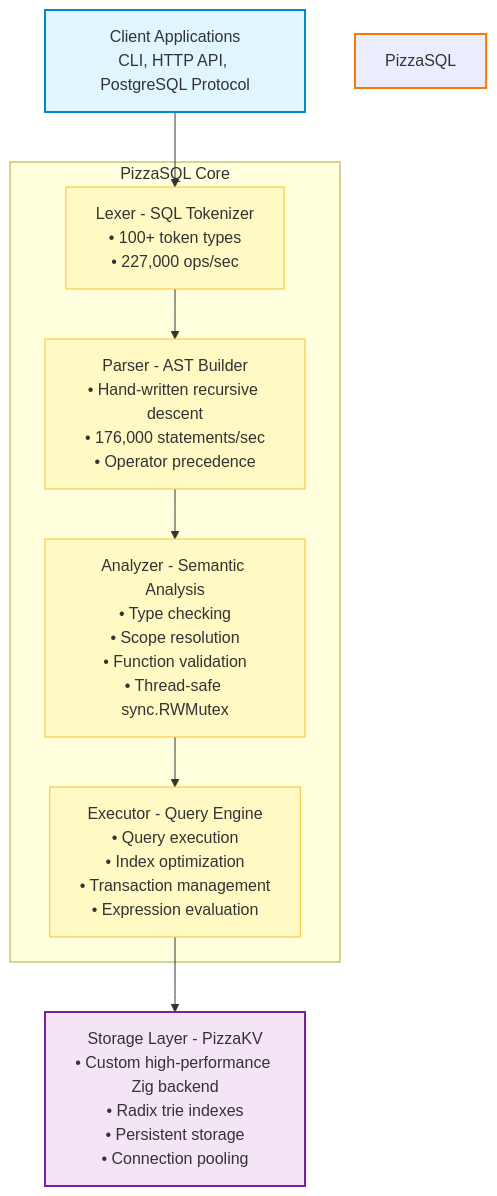
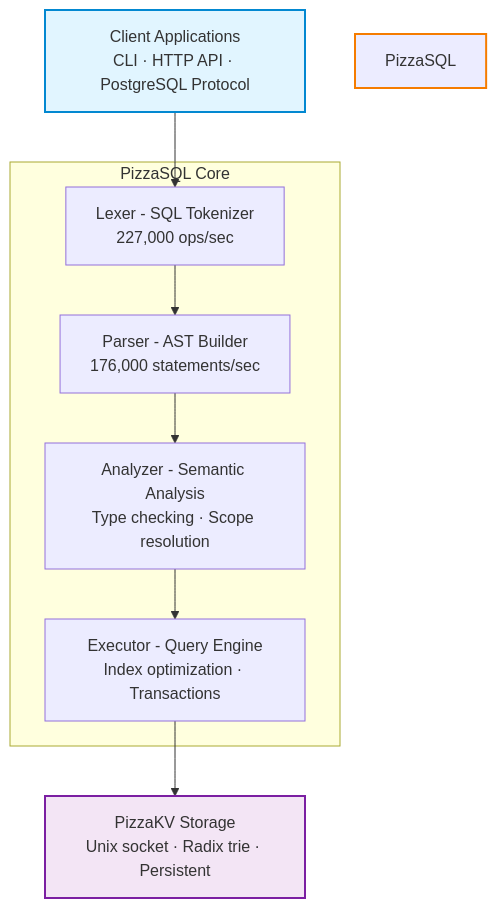
Before and after one commit to danfragoso/pizzasql: the diagram in README.md, drawn with Mermaid. The commit also changed other lines of this file and 10 other files, not shown here.

````diff
--- a/README.md
+++ b/README.md
@@ -549,27 +330,19 @@
 ```mermaid
 graph TD
-    Client[Client Applications<br/>CLI, HTTP API, PostgreSQL Protocol]
-
+    Client[Client Applications<br/>CLI · HTTP API · PostgreSQL Protocol]
     Client --> Lexer
 
     subgraph PizzaSQL Core
-        Lexer[Lexer - SQL Tokenizer<br/>• 100+ token types<br/>• 227,000 ops/sec]
-        Parser[Parser - AST Builder<br/>• Hand-written recursive descent<br/>• 176,000 statements/sec<br/>• Operator precedence]
-        Analyzer[Analyzer - Semantic Analysis<br/>• Type checking<br/>• Scope resolution<br/>• Function validation<br/>• Thread-safe sync.RWMutex]
-        Executor[Executor - Query Engine<br/>• Query execution<br/>• Index optimization<br/>• Transaction management<br/>• Expression evaluation]
-
-        Lexer --> Parser
-        Parser --> Analyzer
-        Analyzer --> Executor
+        Lexer[Lexer - SQL Tokenizer<br/>227,000 ops/sec]
+        Parser[Parser - AST Builder<br/>176,000 statements/sec]
+        Analyzer[Analyzer - Semantic Analysis<br/>Type checking · Scope resolution]
+        Executor[Executor - Query Engine<br/>Index optimization · Transactions]
+        Lexer --> Parser --> Analyzer --> Executor
     end
 
-    Executor --> Storage[Storage Layer - PizzaKV<br/>• Custom high-performance Zig backend<br/>• Radix trie indexes<br/>• Persistent storage<br/>• Connection pooling]
+    Executor --> Storage[PizzaKV Storage<br/>Unix socket · Radix trie · Persistent]
 
     style Client fill:#e1f5ff,stroke:#0288d1,stroke-width:2px
     style PizzaSQL Core fill:#fff3e0,stroke:#f57c00,stroke-width:2px
     style Storage fill:#f3e5f5,stroke:#7b1fa2,stroke-width:2px
-    style Lexer fill:#fff9c4,stroke:#fbc02d
-    style Parser fill:#fff9c4,stroke:#fbc02d
-    style Analyzer fill:#fff9c4,stroke:#fbc02d
-    style Executor fill:#fff9c4,stroke:#fbc02d
 ```
````
